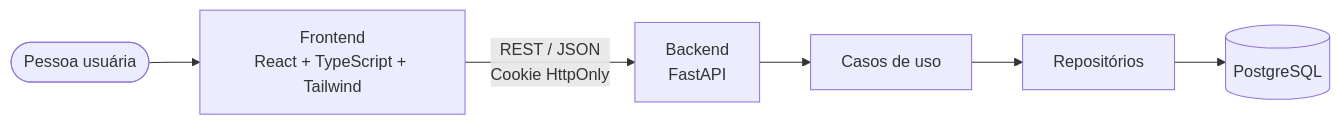
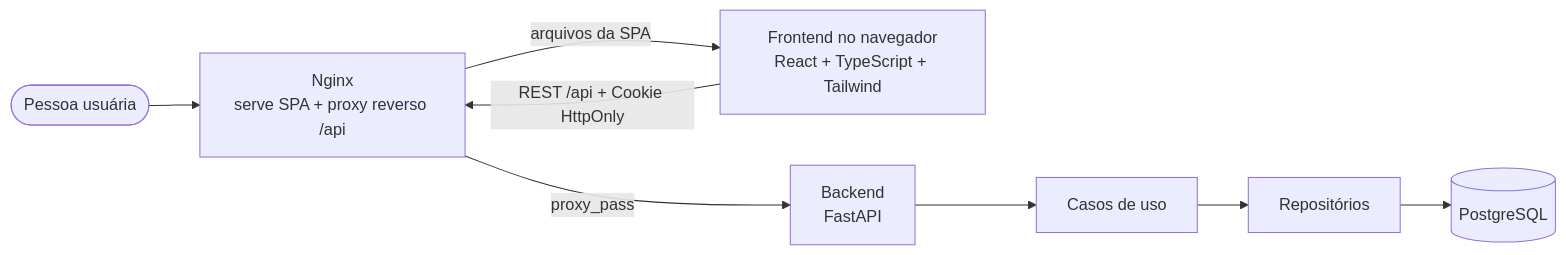
Before and after one commit to Leti-10/Lab.EngSoftware: the diagram in README.md, drawn with Mermaid. The commit also changed other lines of this file, not shown here.

Commit message:
docs: atualiza diagrama da arquitetura

````diff
--- a/README.md
+++ b/README.md
@@ -68,8 +68,10 @@
 ```mermaid
 flowchart LR
-    U([Pessoa usuária]) --> F["Frontend<br/>React + TypeScript + Tailwind"]
-    F -- "REST / JSON<br/>Cookie HttpOnly" --> A["Backend<br/>FastAPI"]
+    U([Pessoa usuária]) --> N["Nginx<br/>serve SPA + proxy reverso /api"]
+    N -- "arquivos da SPA" --> F["Frontend no navegador<br/>React + TypeScript + Tailwind"]
+    F -- "REST /api + Cookie HttpOnly" --> N
+    N -- "proxy_pass" --> A["Backend<br/>FastAPI"]
     A --> UC["Casos de uso"]
     UC --> R["Repositórios"]
     R --> DB[("PostgreSQL")]
 ```
````
